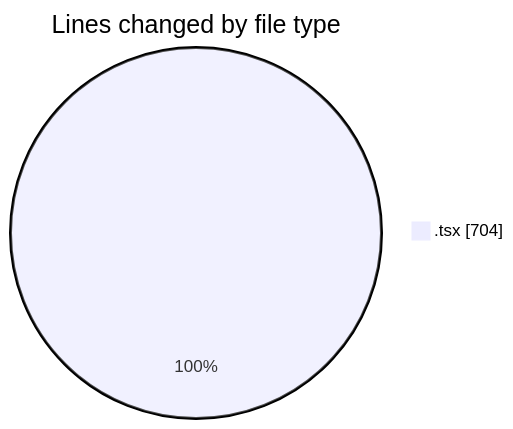
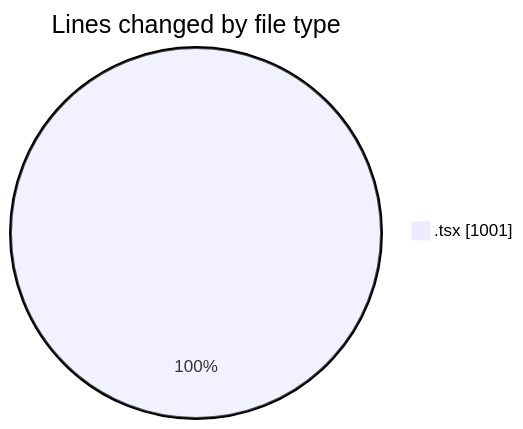
Before and after one commit to nxtqubesakshisongat/code-tracking: the first of 2 diagrams in 2026-07-15/nxtqube_webapp/README.md, drawn with Mermaid. The commit also changed other lines of this file and 1 other file, not shown here.

````diff
--- a/2026-07-15/nxtqube_webapp/README.md
+++ b/2026-07-15/nxtqube_webapp/README.md
@@ -21,5 +23,5 @@
 ```mermaid
 pie showData
 title Lines changed by file type
-".tsx" : 704
+".tsx" : 1001
 ```
````
